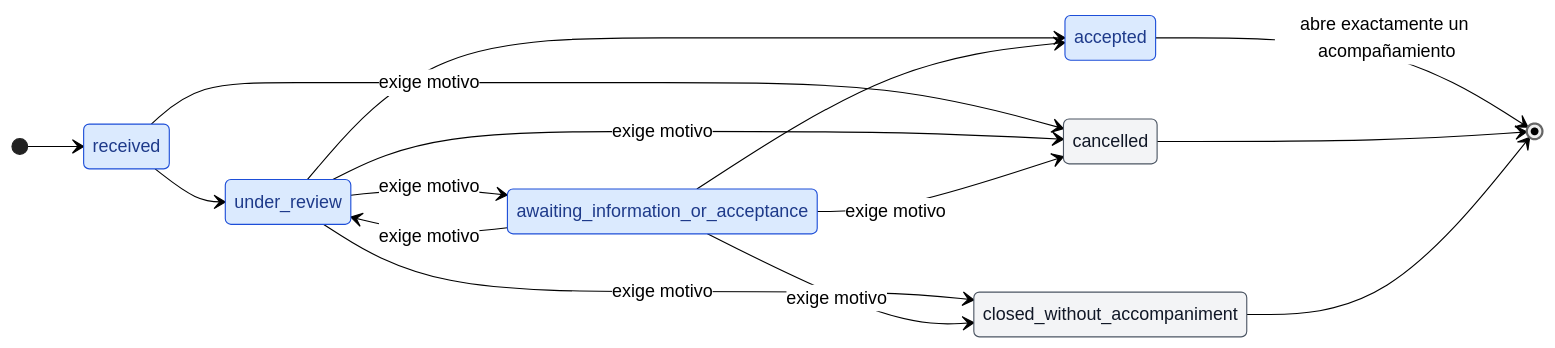
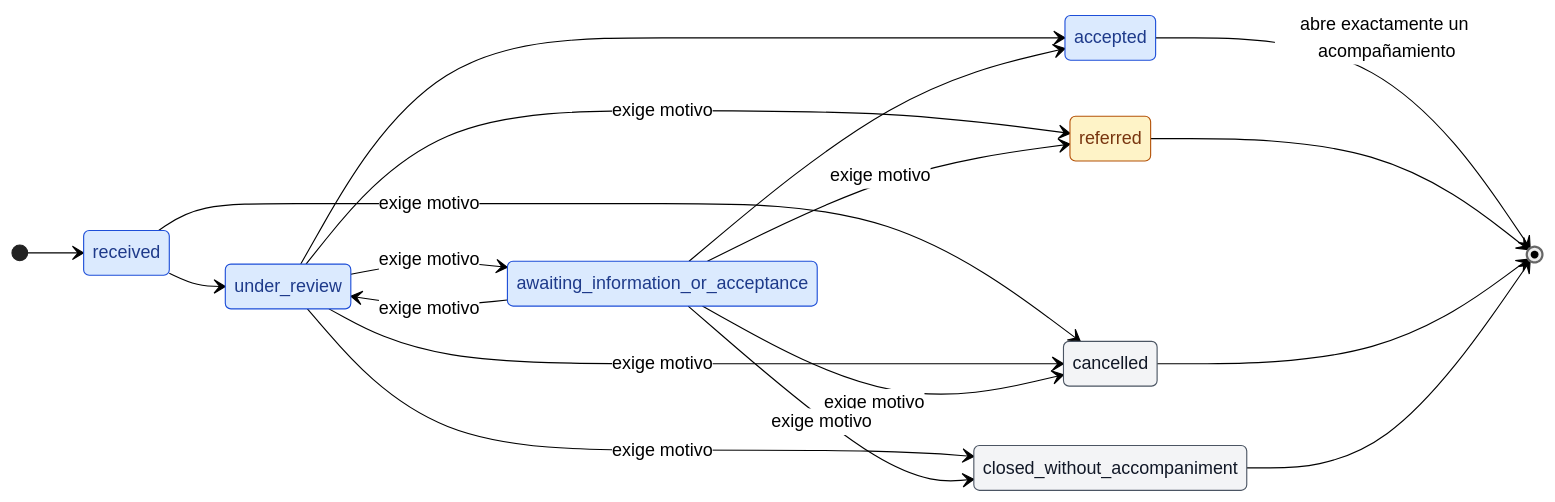
The diagram in convex/domain/requests/state-model.md (FernandoValdes01/ceretime), drawn with Mermaid (neutral theme) before and after one commit. The commit also changed other lines of this file and 16 other files, not shown here.

````diff
--- a/convex/domain/requests/state-model.md
+++ b/convex/domain/requests/state-model.md
@@ -7,27 +7,33 @@
 ```mermaid
 stateDiagram-v2
     direction LR
 
     [*] --> received
 
     received --> under_review
     under_review --> awaiting_information_or_acceptance : exige motivo
     under_review --> accepted
     awaiting_information_or_acceptance --> accepted
     awaiting_information_or_acceptance --> under_review : exige motivo
 
     received --> cancelled : exige motivo
     under_review --> cancelled : exige motivo
     awaiting_information_or_acceptance --> cancelled : exige motivo
     under_review --> closed_without_accompaniment : exige motivo
     awaiting_information_or_acceptance --> closed_without_accompaniment : exige motivo
 
+    under_review --> referred : exige motivo
+    awaiting_information_or_acceptance --> referred : exige motivo
+
     accepted --> [*] : abre exactamente un acompañamiento
+    referred --> [*]
     cancelled --> [*]
     closed_without_accompaniment --> [*]
 
     classDef sprint1 fill:#dbeafe,stroke:#1d4ed8,color:#1e3a8a
     classDef closure fill:#f3f4f6,stroke:#4b5563,color:#111827
+    classDef referral fill:#fef3c7,stroke:#b45309,color:#78350f
     class received,under_review,awaiting_information_or_acceptance,accepted sprint1
     class closed_without_accompaniment,cancelled closure
+    class referred referral
 ```
````
